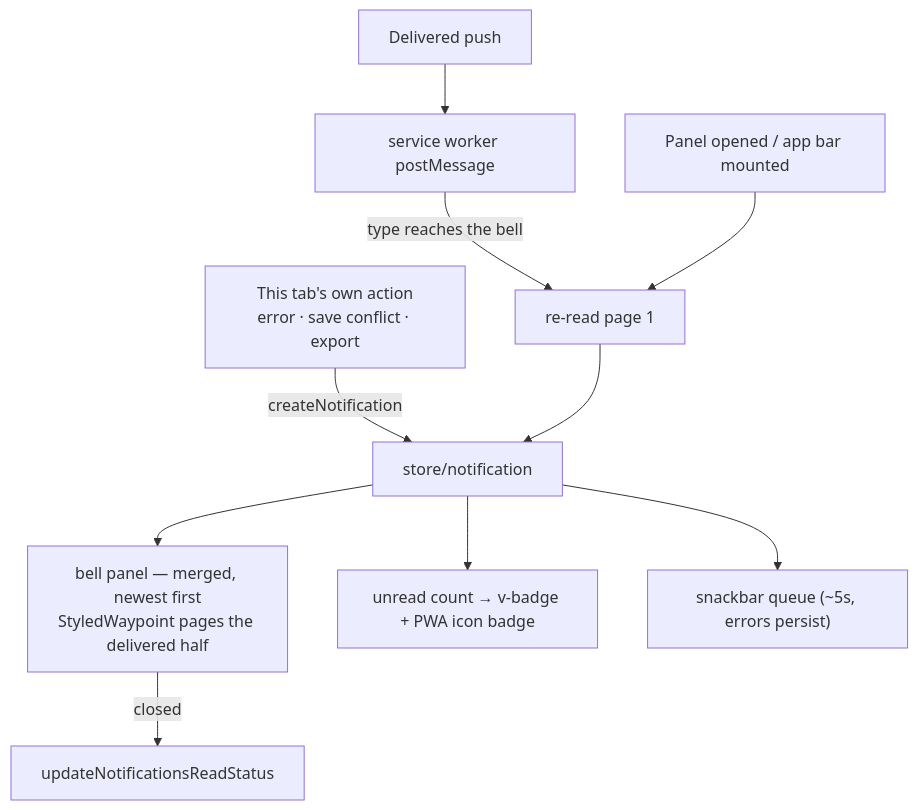
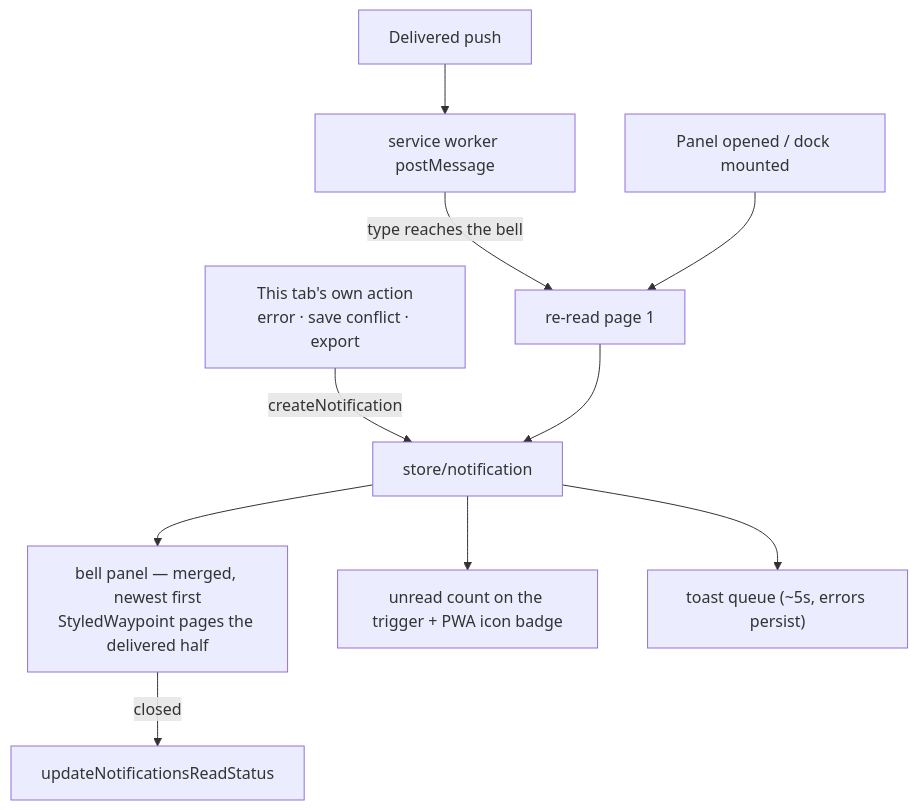
One commit to Esposter/Esposter changed the diagram in apps/web/content/docs/resource/notifications.md. Above: the diagram before and after it, drawn with Mermaid. The commit also changed other lines of this file and 78 other files, not shown here.

First line of the commit message:
feat(web): the app shell — a dock of the reader's places, one toast stack, the library's dialogs and one status page (2/3)

````diff
--- a/apps/web/content/docs/resource/notifications.md
+++ b/apps/web/content/docs/resource/notifications.md
@@ -33,12 +33,12 @@
 ```mermaid
 flowchart TD
   LOCAL["This tab's own action<br/>error · save conflict · export"] -->|createNotification| ST
   PUSH["Delivered push"] --> SW["service worker postMessage"]
   SW -->|type reaches the bell| RE["re-read page 1"]
   RE --> ST["store/notification"]
-  OPEN["Panel opened / app bar mounted"] --> RE
+  OPEN["Panel opened / dock mounted"] --> RE
   ST --> PANEL["bell panel — merged, newest first<br/>StyledWaypoint pages the delivered half"]
-  ST --> BADGE["unread count → v-badge + PWA icon badge"]
-  ST --> SNACK["snackbar queue (~5s, errors persist)"]
+  ST --> BADGE["unread count on the trigger + PWA icon badge"]
+  ST --> SNACK["toast queue (~5s, errors persist)"]
   PANEL -->|closed| READ["updateNotificationsReadStatus"]
 ```
````
